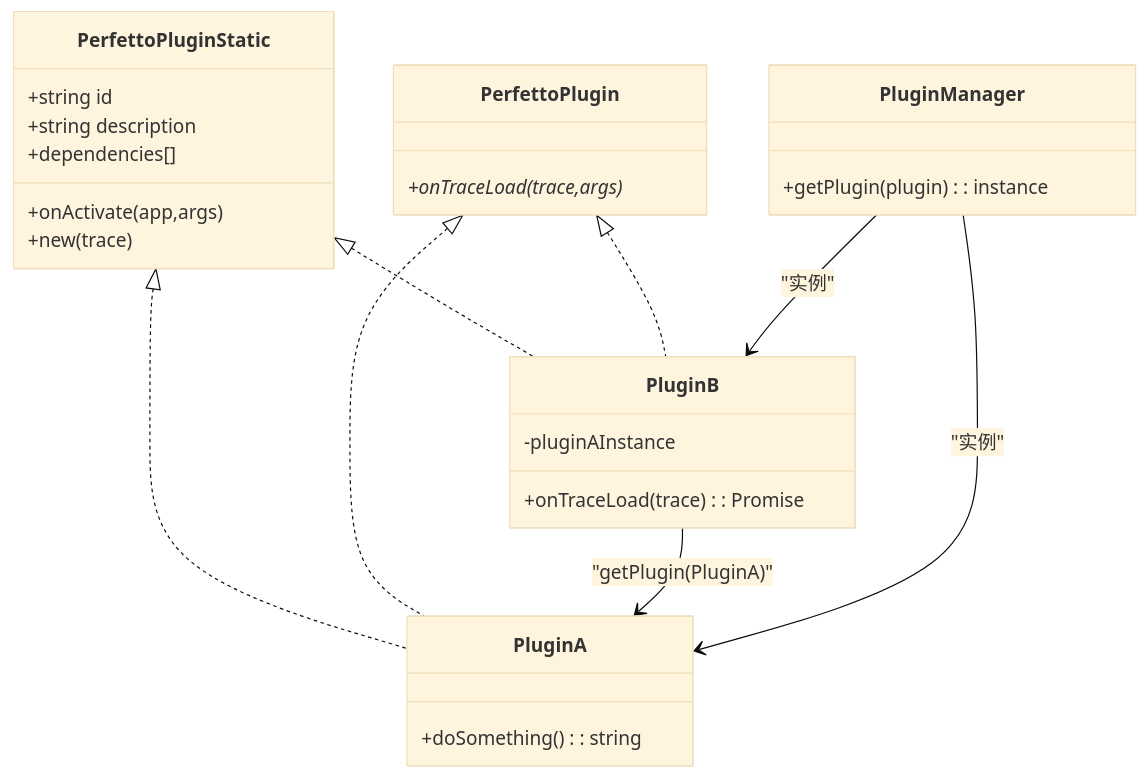
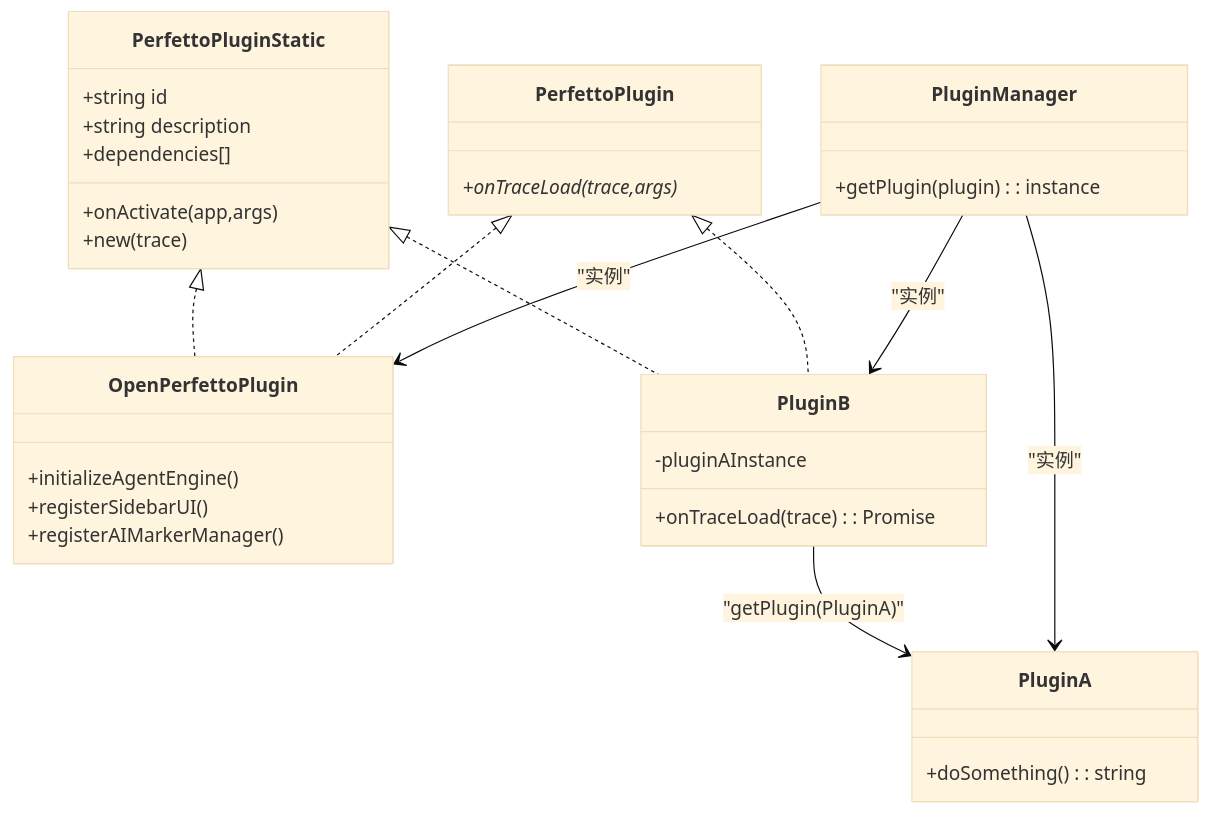
Before and after one commit to TracerQi/openperfetto: the fourth of 8 diagrams in .qoder/repowiki/zh/content/Web界面和可视化/UI插件系统.md, drawn with Mermaid (base theme). The commit also changed other lines of this file and 706 other files, not shown here.

Commit message:
[OpenPerfetto][03]{Front-end and back-end implementations,Unit Testing}

````diff
--- a/.qoder/repowiki/zh/content/Web界面和可视化/UI插件系统.md
+++ b/.qoder/repowiki/zh/content/Web界面和可视化/UI插件系统.md
@@ -154,30 +216,36 @@
 ```mermaid
 classDiagram
 class PerfettoPluginStatic {
 +string id
 +string description
 +dependencies[]
 +onActivate(app,args)
 +new(trace)
 }
 class PerfettoPlugin {
 +onTraceLoad(trace,args)*
 }
 class PluginManager {
 +getPlugin(plugin) : instance
 }
+class OpenPerfettoPlugin {
++initializeAgentEngine()
++registerSidebarUI()
++registerAIMarkerManager()
+}
 class PluginA {
 +doSomething() : string
 }
 class PluginB {
 -pluginAInstance
 +onTraceLoad(trace) : Promise<void>
 }
-PerfettoPluginStatic <|.. PluginA
-PerfettoPlugin <|.. PluginA
+PerfettoPluginStatic <|.. OpenPerfettoPlugin
+PerfettoPlugin <|.. OpenPerfettoPlugin
 PerfettoPluginStatic <|.. PluginB
 PerfettoPlugin <|.. PluginB
 PluginB --> PluginA : "getPlugin(PluginA)"
 PluginManager --> PluginA : "实例"
 PluginManager --> PluginB : "实例"
+PluginManager --> OpenPerfettoPlugin : "实例"
 ```
````
